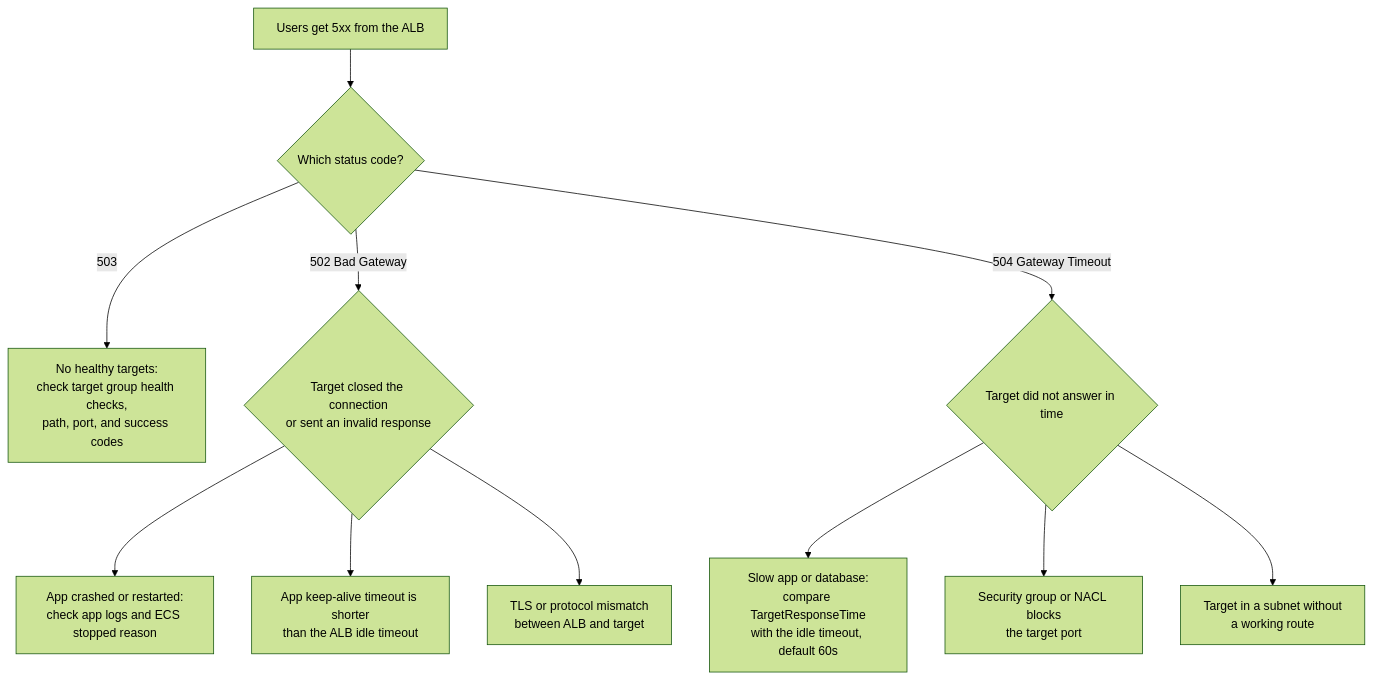
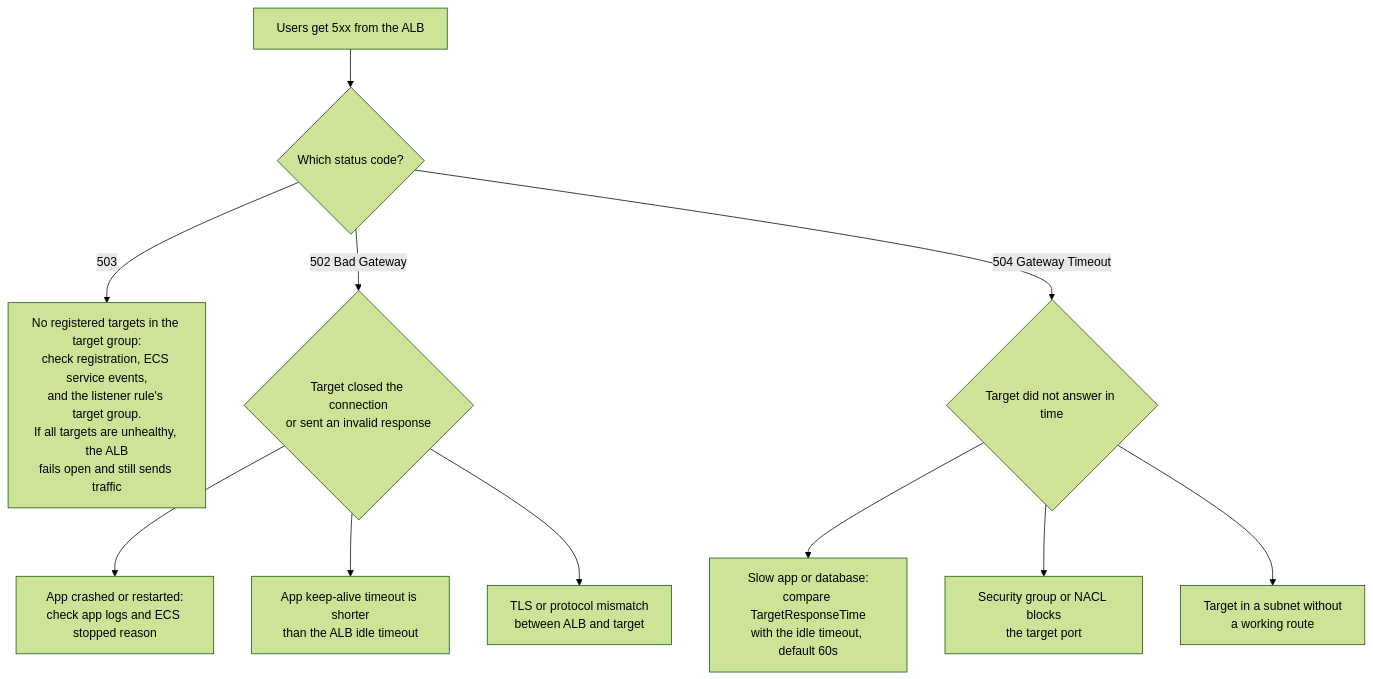
The diagram in aws/04-monitoring-and-troubleshooting.md (SivaKumarMahan/interview-questions), drawn with Mermaid (forest theme) before and after one commit. The commit also changed 32 other files, not shown here.

````diff
--- a/aws/04-monitoring-and-troubleshooting.md
+++ b/aws/04-monitoring-and-troubleshooting.md
@@ -29,13 +29,13 @@
 ```mermaid
 flowchart TD
     A["Users get 5xx from the ALB"] --> B{"Which status code?"}
-    B -- "503" --> C["No healthy targets:<br/>check target group health checks,<br/>path, port, and success codes"]
+    B -- "503" --> C["No registered targets in the target group:<br/>check registration, ECS service events,<br/>and the listener rule's target group.<br/>If all targets are unhealthy, the ALB<br/>fails open and still sends traffic"]
     B -- "502 Bad Gateway" --> D{"Target closed the connection<br/>or sent an invalid response"}
     D --> D1["App crashed or restarted:<br/>check app logs and ECS stopped reason"]
     D --> D2["App keep-alive timeout is shorter<br/>than the ALB idle timeout"]
     D --> D3["TLS or protocol mismatch<br/>between ALB and target"]
     B -- "504 Gateway Timeout" --> E{"Target did not answer in time"}
     E --> E1["Slow app or database:<br/>compare TargetResponseTime<br/>with the idle timeout, default 60s"]
     E --> E2["Security group or NACL blocks<br/>the target port"]
     E --> E3["Target in a subnet without<br/>a working route"]
 ```
````
